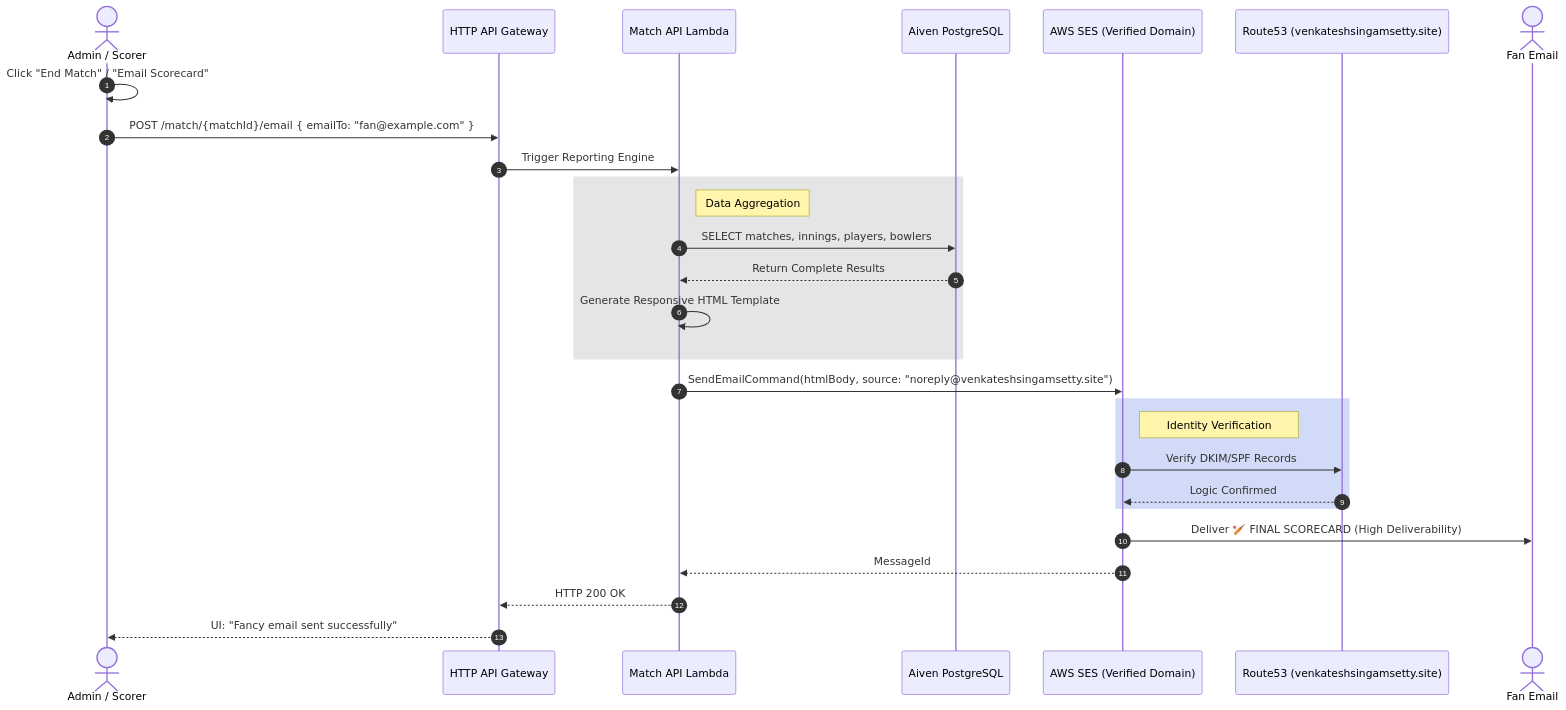
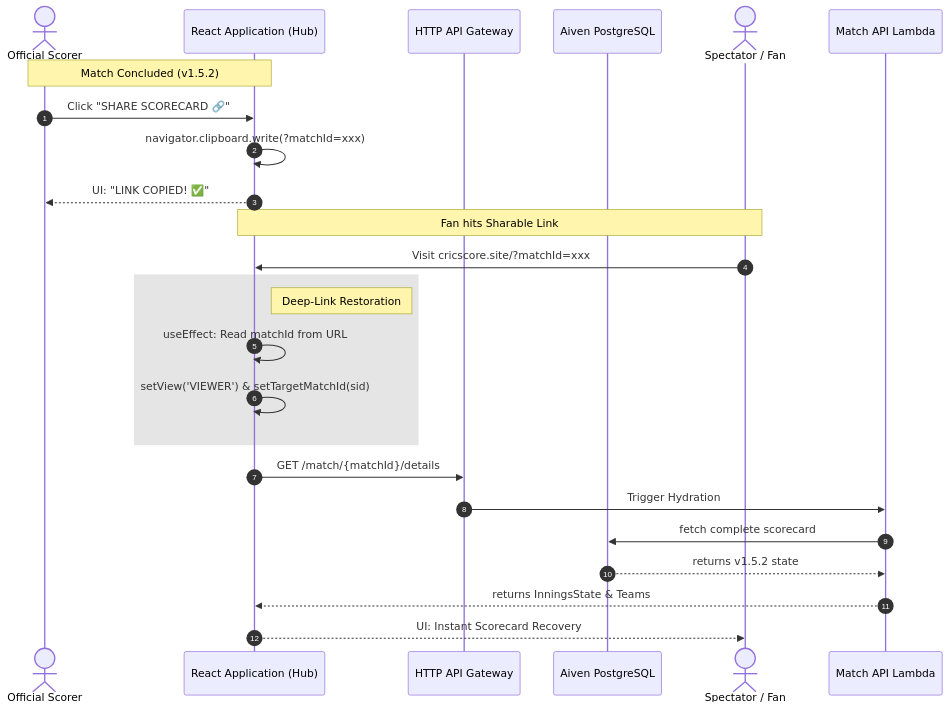
The fourth of 4 diagrams in docs/architecture_diagrams.md (venkatesh-singamsetty/cric-score), drawn with Mermaid before and after one commit. The commit also changed other lines of this file and 3 other files, not shown here.

Commit message:
docs: finalize v1.5.2 architectural and API synchronization for competition entry

````diff
--- a/docs/architecture_diagrams.md
+++ b/docs/architecture_diagrams.md
@@ -136,36 +136,33 @@
 ```mermaid
 sequenceDiagram
     autonumber
     
-    actor Admin as Admin / Scorer
+    actor Scorer as Official Scorer
+    participant App as React Application (Hub)
     participant APIGW as HTTP API Gateway
+    participant Aiven_PG as Aiven PostgreSQL
+    actor Spectator as Spectator / Fan
     participant Lambda as Match API Lambda
-    participant Aiven_PG as Aiven PostgreSQL
-    participant SES as AWS SES (Verified Domain)
-    participant DNS as Route53 (venkateshsingamsetty.site)
-    actor Recipient as Fan Email
 
-    Admin->>Admin: Click "End Match" / "Email Scorecard"
-    Admin->>APIGW: POST /match/{matchId}/email { emailTo: "fan@example.com" }
-    APIGW->>Lambda: Trigger Reporting Engine
+    Note over Scorer, App: Match Concluded (v1.5.2)
+    Scorer->>App: Click "SHARE SCORECARD 🔗"
+    App->>App: navigator.clipboard.write(?matchId=xxx)
+    App-->>Scorer: UI: "LINK COPIED! ✅"
+
+    Note over Spectator, App: Fan hits Sharable Link
+    Spectator->>App: Visit cricscore.site/?matchId=xxx
     
     rect rgb(0, 0, 0, 0.1)
-        Note right of Lambda: Data Aggregation
-        Lambda->>Aiven_PG: SELECT matches, innings, players, bowlers
-        Aiven_PG-->>Lambda: Return Complete Results
-        Lambda->>Lambda: Generate Responsive HTML Template
+        Note right of App: Deep-Link Restoration
+        App->>App: useEffect: Read matchId from URL
+        App->>App: setView('VIEWER') & setTargetMatchId(sid)
     end
     
-    Lambda->>SES: SendEmailCommand(htmlBody, source: "noreply@venkateshsingamsetty.site")
+    App->>APIGW: GET /match/{matchId}/details
+    APIGW->>Lambda: Trigger Hydration
+    Lambda->>Aiven_PG: fetch complete scorecard
+    Aiven_PG-->>Lambda: returns v1.5.2 state
+    Lambda-->>App: returns InningsState & Teams
     
-    rect rgb(29, 78, 216, 0.2)
-        Note right of SES: Identity Verification
-        SES->>DNS: Verify DKIM/SPF Records
-        DNS-->>SES: Logic Confirmed
-    end
-    
-    SES->>Recipient: Deliver 🏏 FINAL SCORECARD (High Deliverability)
-    SES-->>Lambda: MessageId
-    Lambda-->>APIGW: HTTP 200 OK
-    APIGW-->>Admin: UI: "Fancy email sent successfully"
+    App-->>Spectator: UI: Instant Scorecard Recovery
 ```
````
